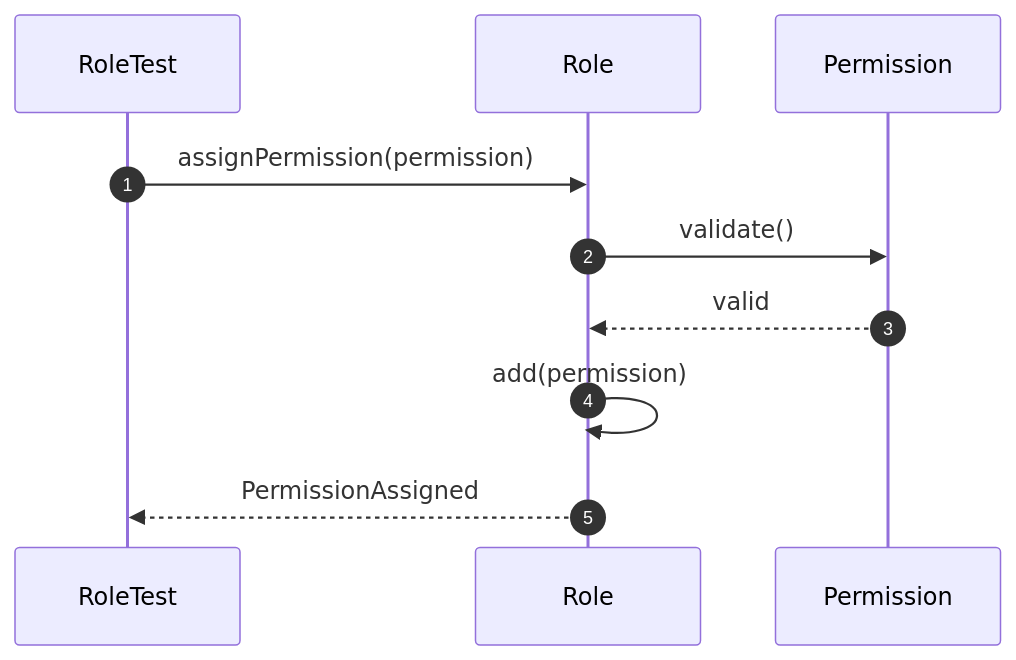
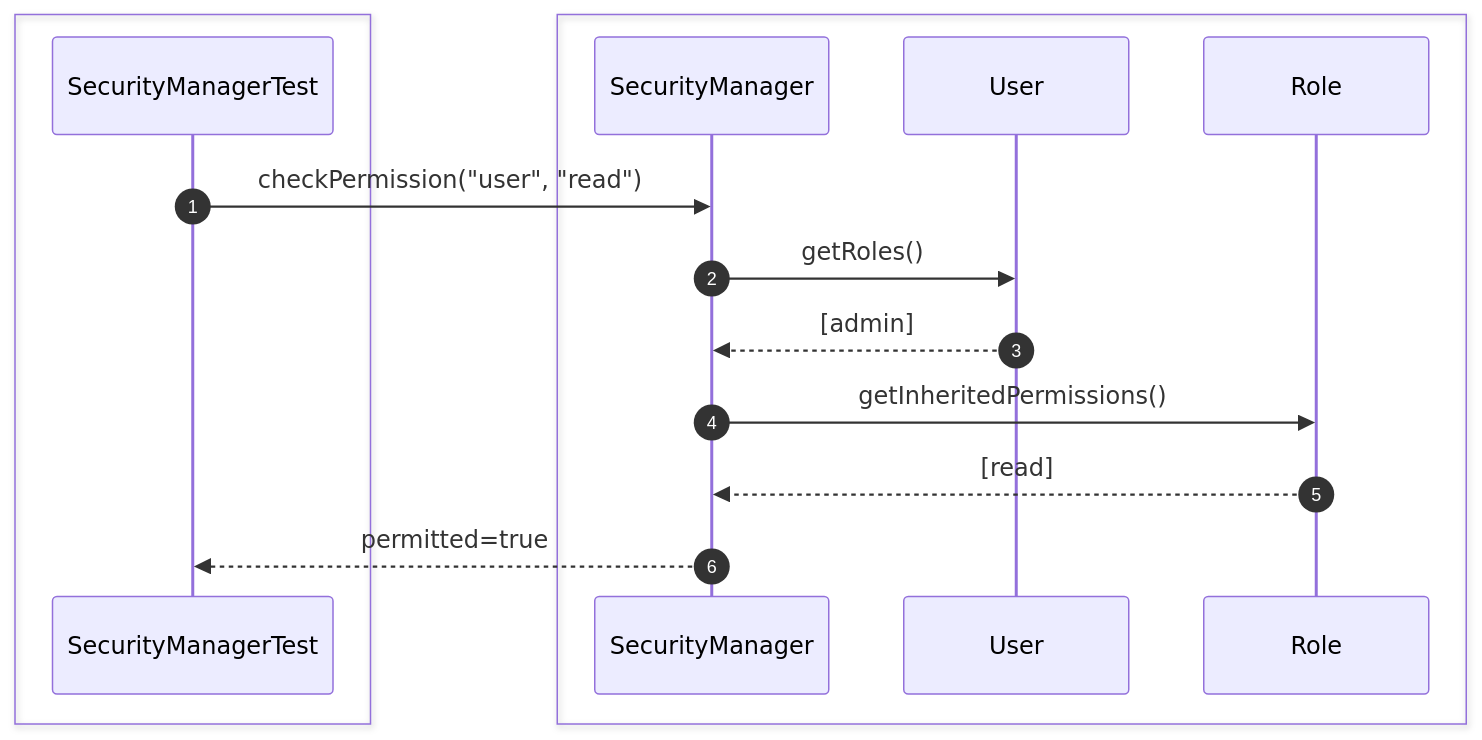
Before and after one commit to Huy1801214/dbms-architecture: the tenth of 35 diagrams in src/sequence/security.md, drawn with Mermaid. The commit also changed other lines of this file and 10 other files, not shown here.

Commit message:
add comprehensive sequence diagrams and documentation for system architecture and unit testing specifications

````diff
--- a/src/sequence/security.md
+++ b/src/sequence/security.md
@@ -166,17 +180,20 @@
 ```mermaid
 sequenceDiagram
     autonumber
-    participant Test as RoleTest
-    participant Role
-    participant Permission
 
-    Test->>Role: assignPermission(permission)
+    box #e1f5fe Test Suite
+    participant Test as SecurityManagerTest
+    end
+    box #e3f2fd Security Components
+    participant Security as SecurityManager
+    participant User as User
+    participant Role as Role
+    end
 
-    Role->>Permission: validate()
-
-    Permission-->>Role: valid
-
-    Role->>Role: add(permission)
-
-    Role-->>Test: PermissionAssigned
+    Test->>Security: checkPermission("user", "read")
+    Security->>User: getRoles()
+    User-->>Security: [admin]
+    Security->>Role: getInheritedPermissions()
+    Role-->>Security: [read]
+    Security-->>Test: permitted=true
 ```
````
